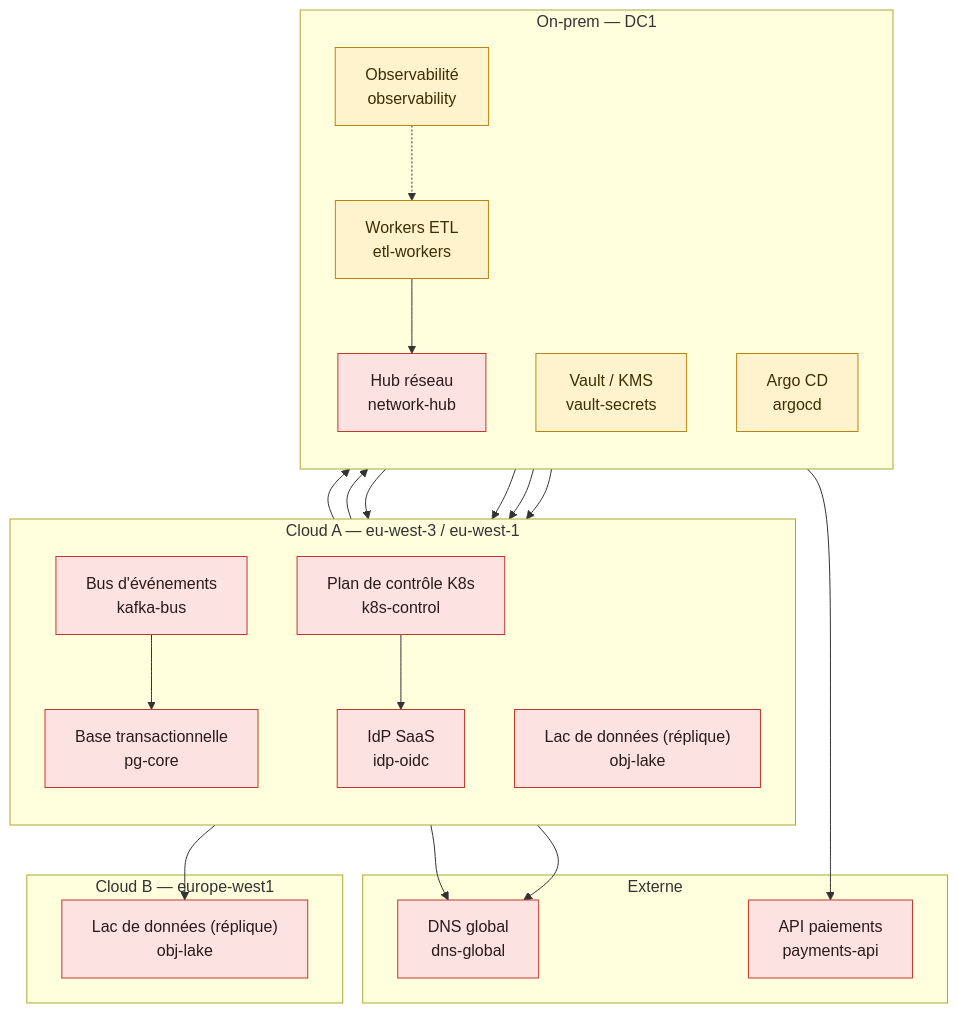
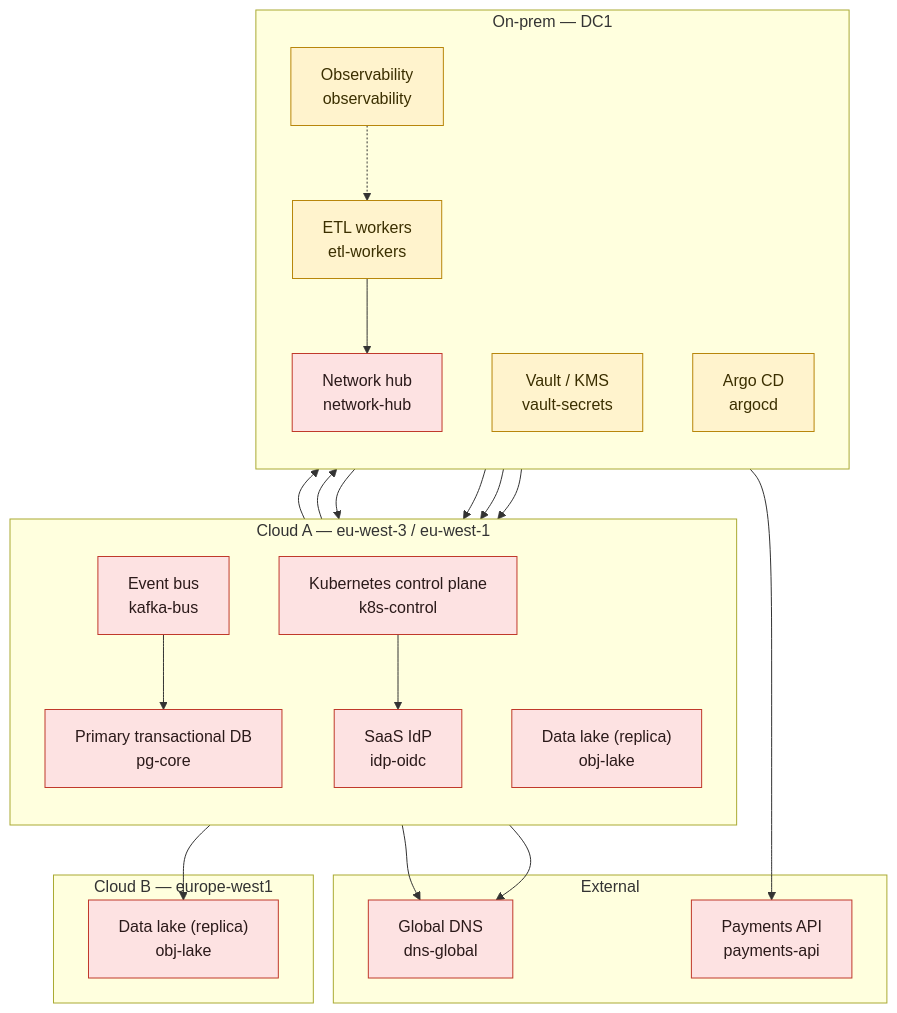
The diagram in atlas/docs/architecture/container-view.md (fabriqant/fortcloud), drawn with Mermaid before and after one commit. The commit also changed other lines of this file and 114 other files, not shown here.

````diff
--- a/atlas/docs/architecture/container-view.md
+++ b/atlas/docs/architecture/container-view.md
@@ -5,48 +5,48 @@
 ```mermaid
 flowchart TB
   classDef p0 fill:#fde2e2,stroke:#c0392b,color:#2b1a1a;
   classDef p1 fill:#fff3cd,stroke:#b8860b,color:#3b2f00;
   classDef p2 fill:#e8f5e9,stroke:#2e7d32,color:#183b1a;
 
   subgraph CLOUD_A["Cloud A — eu-west-3 / eu-west-1"]
     direction TB
-    pg["Base transactionnelle<br/>pg-core"]:::p0
-    kafka["Bus d'événements<br/>kafka-bus"]:::p0
-    k8s["Plan de contrôle K8s<br/>k8s-control"]:::p0
-    objA["Lac de données (réplique)<br/>obj-lake"]:::p0
-    idp["IdP SaaS<br/>idp-oidc"]:::p0
+    pg["Primary transactional DB<br/>pg-core"]:::p0
+    kafka["Event bus<br/>kafka-bus"]:::p0
+    k8s["Kubernetes control plane<br/>k8s-control"]:::p0
+    objA["Data lake (replica)<br/>obj-lake"]:::p0
+    idp["SaaS IdP<br/>idp-oidc"]:::p0
   end
 
   subgraph ONPREM["On-prem — DC1"]
     direction TB
-    hub["Hub réseau<br/>network-hub"]:::p0
+    hub["Network hub<br/>network-hub"]:::p0
     vault["Vault / KMS<br/>vault-secrets"]:::p1
     argo["Argo CD<br/>argocd"]:::p1
-    etl["Workers ETL<br/>etl-workers"]:::p1
-    obs["Observabilité<br/>observability"]:::p1
+    etl["ETL workers<br/>etl-workers"]:::p1
+    obs["Observability<br/>observability"]:::p1
   end
 
   subgraph CLOUD_B["Cloud B — europe-west1"]
-    objB["Lac de données (réplique)<br/>obj-lake"]:::p0
+    objB["Data lake (replica)<br/>obj-lake"]:::p0
   end
 
-  subgraph EXT["Externe"]
-    dns["DNS global<br/>dns-global"]:::p0
-    pay["API paiements<br/>payments-api"]:::p0
+  subgraph EXT["External"]
+    dns["Global DNS<br/>dns-global"]:::p0
+    pay["Payments API<br/>payments-api"]:::p0
   end
 
   etl --> kafka
   kafka --> pg
   etl --> objA
   objA --> objB
   etl --> pay
   etl --> hub
   pg --> hub
   pg --> vault
   etl --> k8s
   argo --> k8s
   k8s --> idp
   idp --> dns
   pg --> dns
   obs -.-> etl
 ```
````
